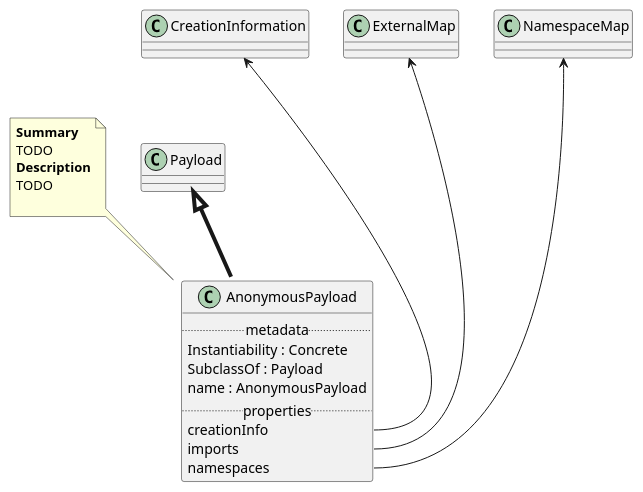
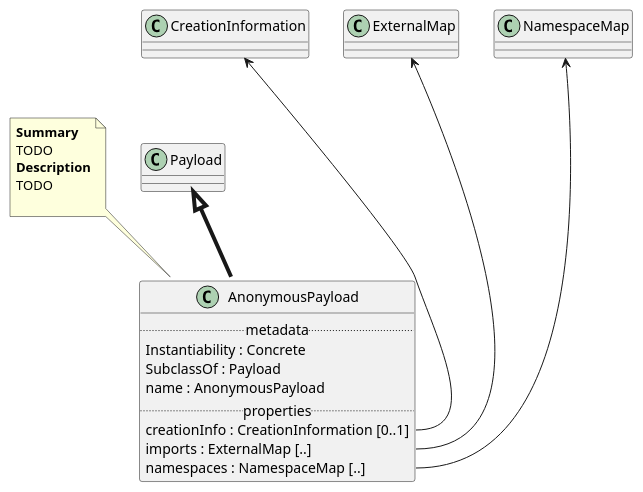
The diagram in Classes/AnonymousPayload.puml (maxhbr/spec-parser.hs), drawn with PlantUML before and after one commit. The commit also changed 34 other files, not shown here.

```diff
--- a/Classes/AnonymousPayload.puml
+++ b/Classes/AnonymousPayload.puml
@@ -1,23 +1,23 @@
 @startuml
 class AnonymousPayload {
 .. metadata ..
     Instantiability : Concrete
     SubclassOf : Payload
     name : AnonymousPayload
 .. properties ..
-    creationInfo
-    imports
-    namespaces
+    creationInfo : CreationInformation [0..1]
+    imports : ExternalMap [..]
+    namespaces : NamespaceMap [..]
 }
 note top of AnonymousPayload
 <b>Summary</b>
 TODO
 <b>Description</b>
 TODO
 
 end note
 "Payload" <|-[thickness=4]- "AnonymousPayload"
 "CreationInformation" <--- "AnonymousPayload::creationInfo"
 "ExternalMap" <--- "AnonymousPayload::imports"
 "NamespaceMap" <--- "AnonymousPayload::namespaces"
 @enduml
```
